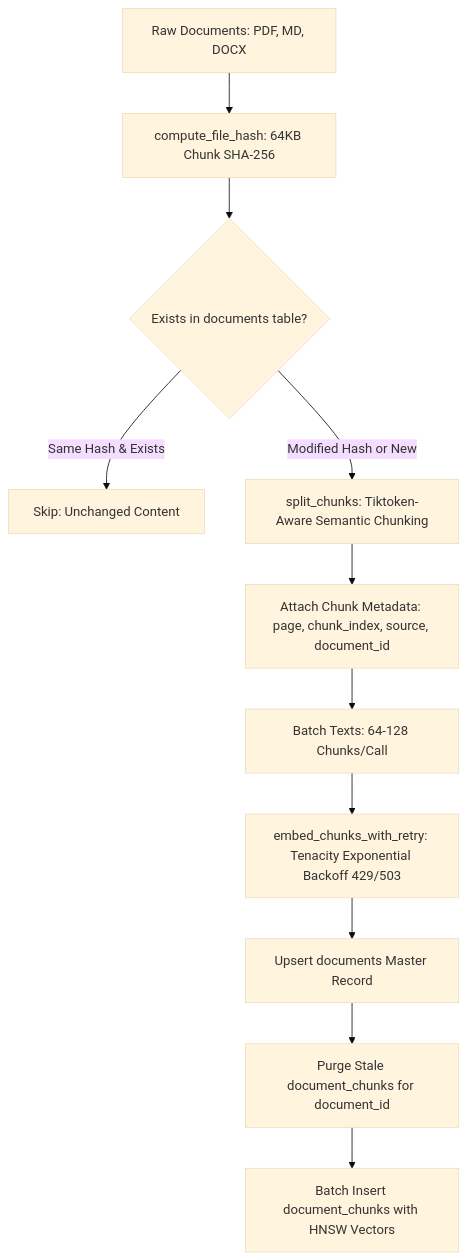
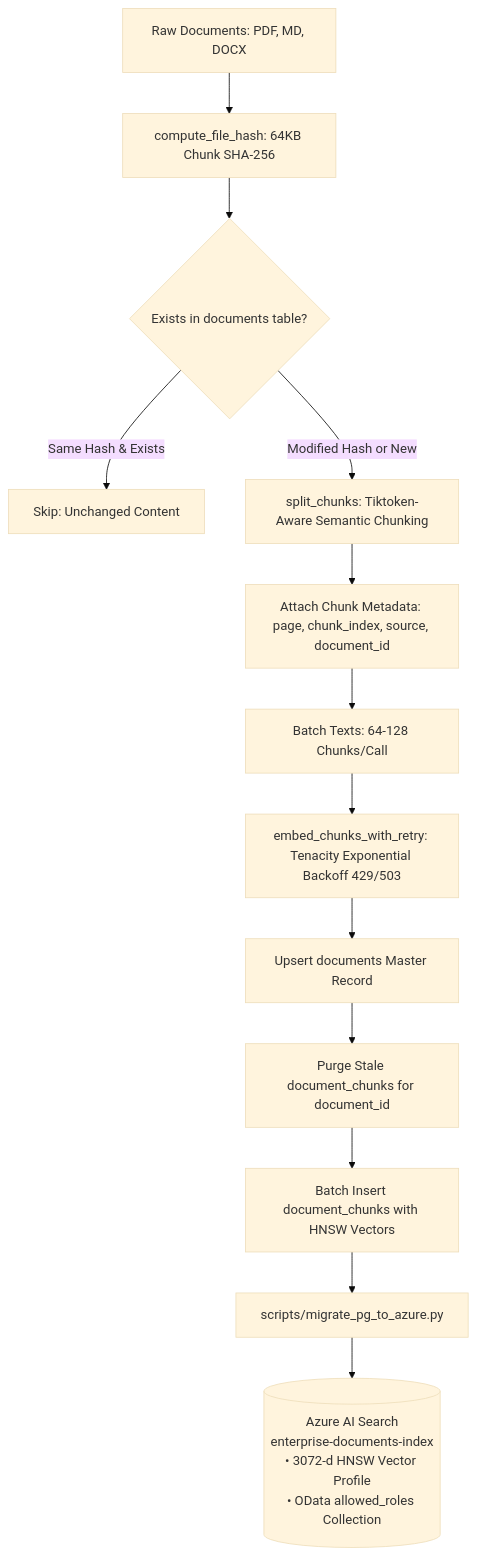
One commit to Kenono2000/enterprise-rag-pgvector-rbac changed the fourth of 6 diagrams in README.md. Above: the diagram before and after it, drawn with Mermaid (base theme). The commit also changed other lines of this file and 2 other files, not shown here.

Commit message:
docs: update system architecture diagrams and cloud migration runbook in README

````diff
--- a/README.md
+++ b/README.md
@@ -331,13 +347,16 @@
 ```mermaid
 flowchart TD
     Raw[Raw Documents: PDF, MD, DOCX] --> Hash[compute_file_hash: 64KB Chunk SHA-256]
     Hash --> Check{Exists in documents table?}
     Check -->|Same Hash & Exists| Skip[Skip: Unchanged Content]
     Check -->|Modified Hash or New| Split[split_chunks: Tiktoken-Aware Semantic Chunking]
     Split --> Meta[Attach Chunk Metadata: page, chunk_index, source, document_id]
     Meta --> Batch[Batch Texts: 64-128 Chunks/Call]
     Batch --> Embed[embed_chunks_with_retry: Tenacity Exponential Backoff 429/503]
     Embed --> Master[Upsert documents Master Record]
     Master --> Clean[Purge Stale document_chunks for document_id]
     Clean --> Insert[Batch Insert document_chunks with HNSW Vectors]
+
+    Insert --> Migrate[scripts/migrate_pg_to_azure.py]
+    Migrate --> AzureIndex[("Azure AI Search<br/>enterprise-documents-index<br/>• 3072-d HNSW Vector Profile<br/>• OData allowed_roles Collection")]
 ```
````
